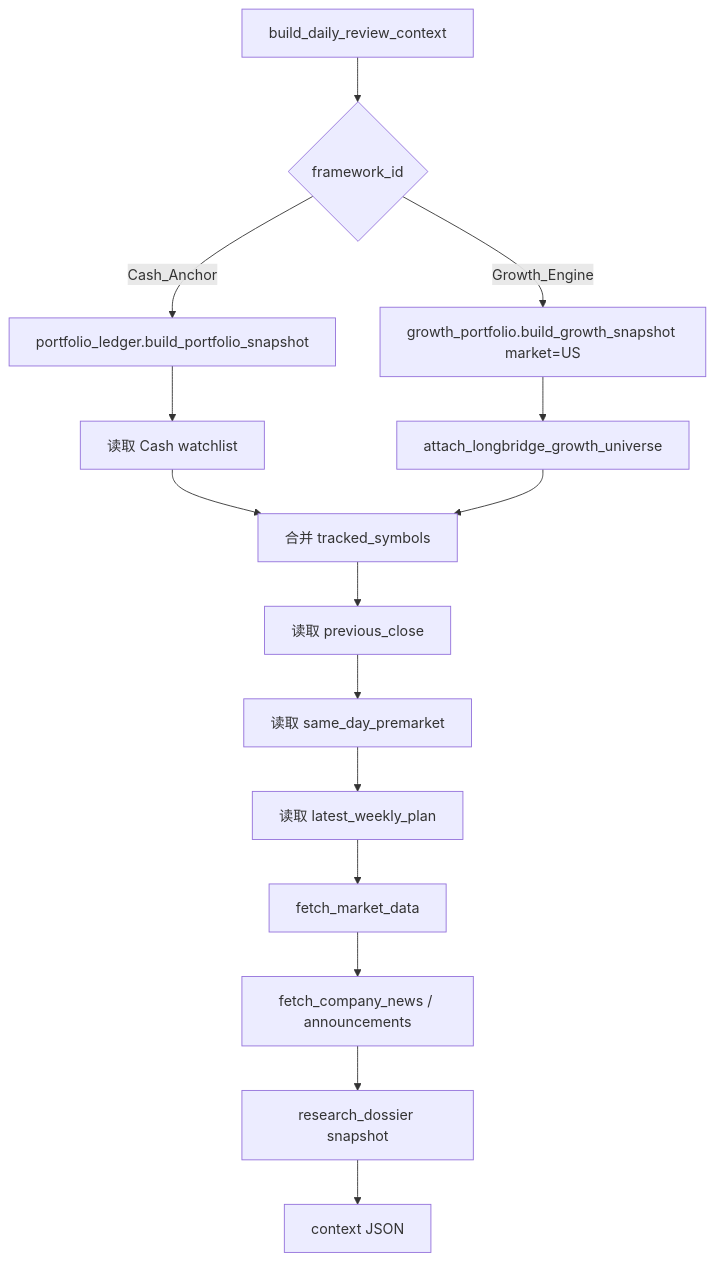
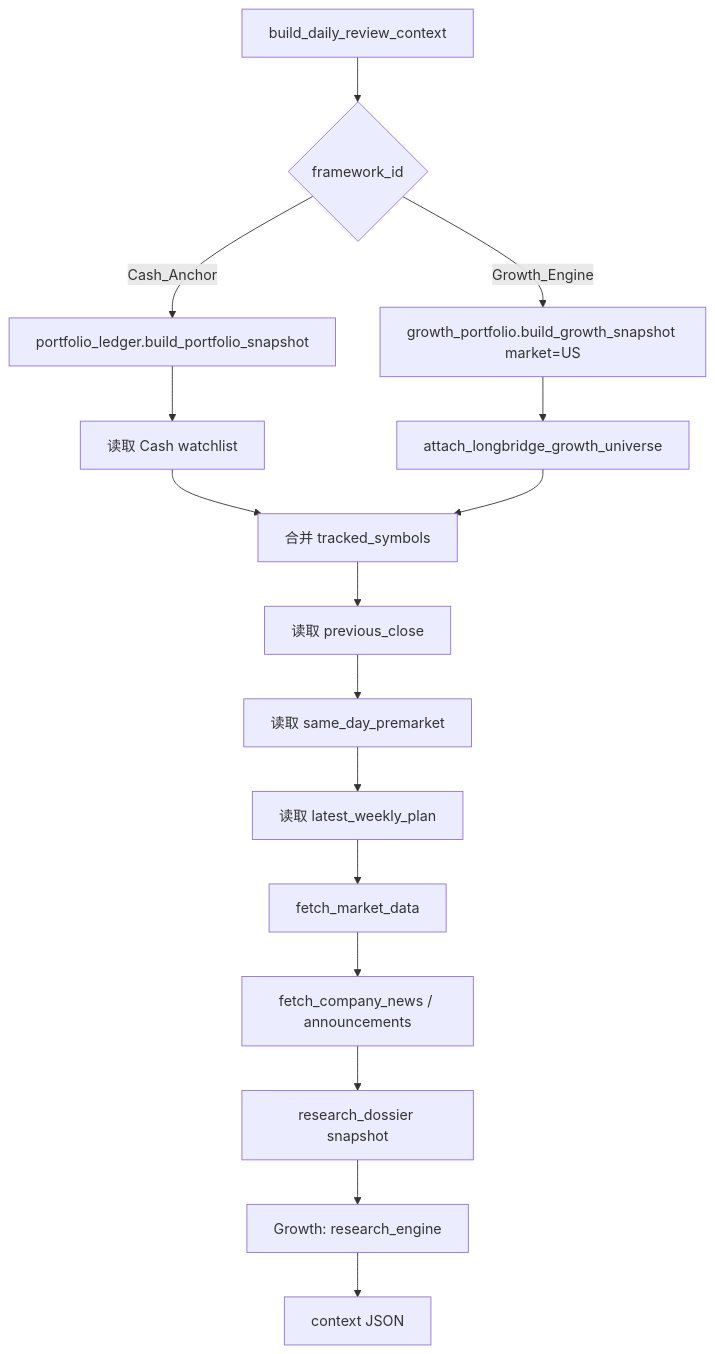
The sixth of 10 diagrams in docs/技术架构文档.md (dyccodehome/private-investment-butler), drawn with Mermaid before and after one commit. The commit also changed other lines of this file and 10 other files, not shown here.

Commit message:
Add Growth research engine MVP

````diff
--- a/docs/技术架构文档.md
+++ b/docs/技术架构文档.md
@@ -226,17 +280,18 @@
 ```mermaid
 flowchart TD
   A["build_daily_review_context"] --> B{"framework_id"}
   B -- "Cash_Anchor" --> C["portfolio_ledger.build_portfolio_snapshot"]
   B -- "Growth_Engine" --> D["growth_portfolio.build_growth_snapshot market=US"]
   C --> E["读取 Cash watchlist"]
   D --> F["attach_longbridge_growth_universe"]
   E --> G["合并 tracked_symbols"]
   F --> G
   G --> H["读取 previous_close"]
   H --> I["读取 same_day_premarket"]
   I --> J["读取 latest_weekly_plan"]
   J --> K["fetch_market_data"]
   K --> L["fetch_company_news / announcements"]
   L --> M["research_dossier snapshot"]
-  M --> N["context JSON"]
+  M --> N["Growth: research_engine"]
+  N --> O["context JSON"]
 ```
````
